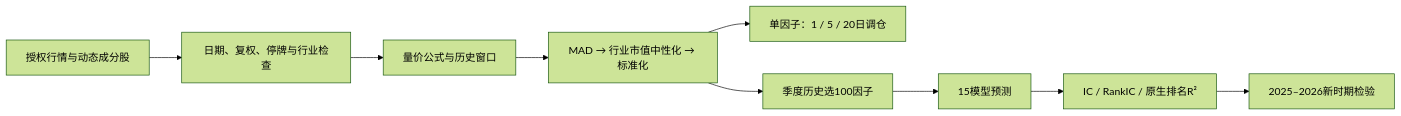
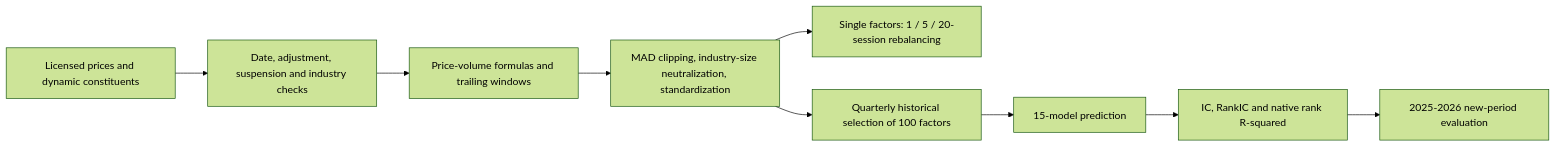
Before and after one commit to Bowang999/csi300-csi500-price-volume-factor-research: the diagram in README.md, drawn with Mermaid (forest theme). The commit also changed other lines of this file and 9 other files, not shown here.

````diff
--- a/README.md
+++ b/README.md
@@ -7,11 +81,11 @@
 ```mermaid
 flowchart LR
- A[授权行情与动态成分股] --> B[日期、复权、停牌与行业检查]
- B --> C[量价公式与历史窗口]
- C --> D[MAD → 行业市值中性化 → 标准化]
- D --> E[单因子：1 / 5 / 20日调仓]
- D --> F[季度历史选100因子]
- F --> G[15模型预测]
- G --> H[IC / RankIC / 原生排名R²]
- H --> I[2025–2026新时期检验]
+ A[Licensed prices and dynamic constituents] --> B[Date, adjustment, suspension and industry checks]
+ B --> C[Price-volume formulas and trailing windows]
+ C --> D[MAD clipping, industry-size neutralization, standardization]
+ D --> E[Single factors: 1 / 5 / 20-session rebalancing]
+ D --> F[Quarterly historical selection of 100 factors]
+ F --> G[15-model prediction]
+ G --> H[IC, RankIC and native rank R-squared]
+ H --> I[2025-2026 new-period evaluation]
 ```
````
